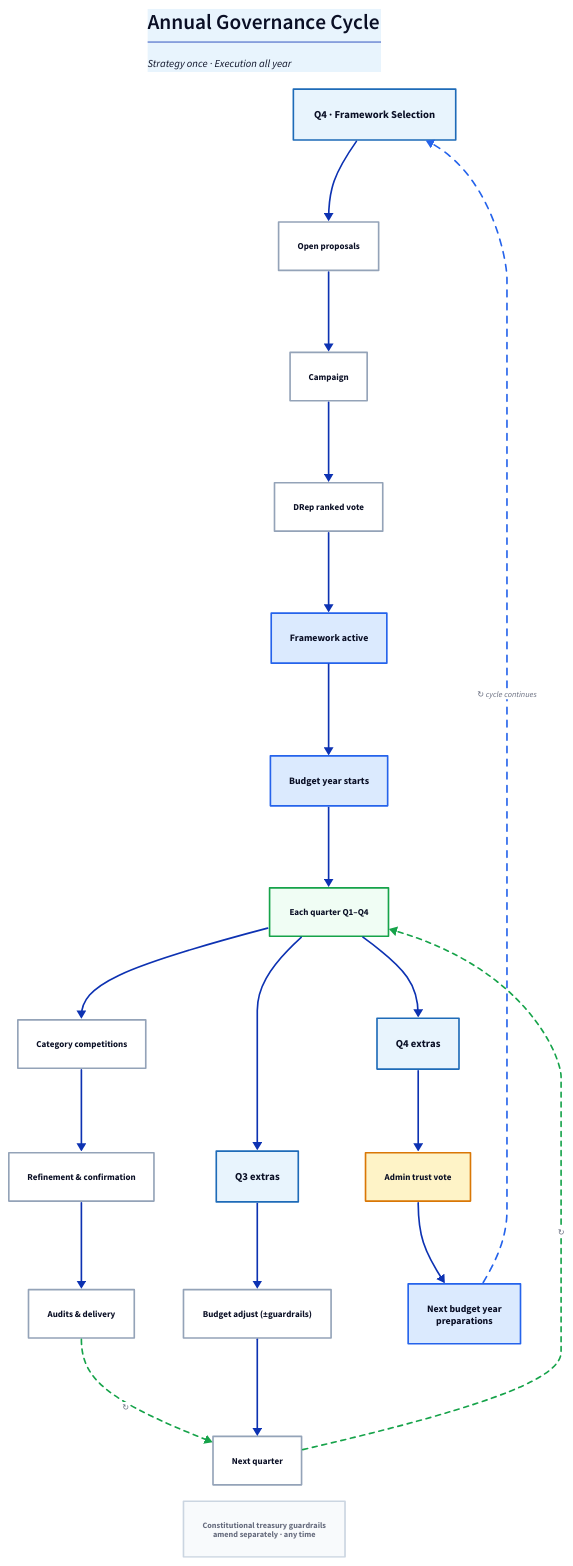
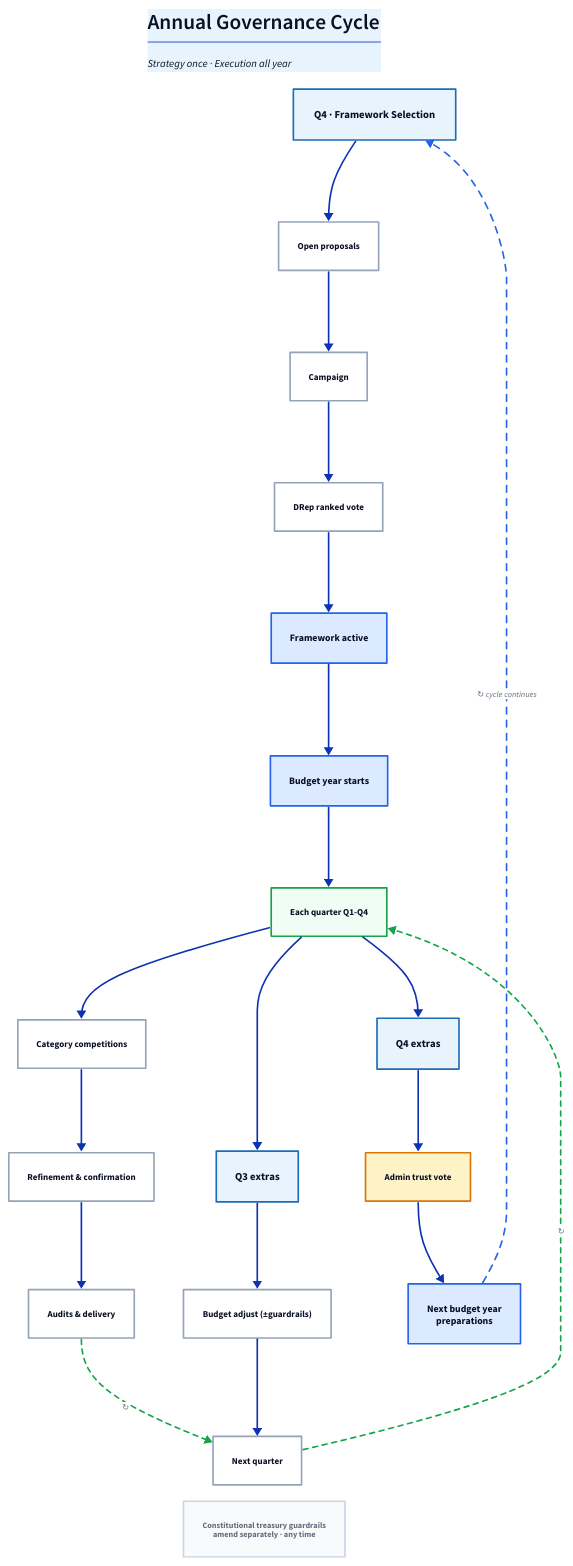
Before and after one commit to gufmar/M-ore-V-iable-G-overnance-: the diagram in docs/diagrams/annual-cycle.d2, drawn with D2. The commit also changed 9 other files, not shown here.

Commit message:
added/changed graphics. general text review and simplifications

```diff
--- a/docs/diagrams/annual-cycle.d2
+++ b/docs/diagrams/annual-cycle.d2
@@ -1,105 +1,105 @@
-# Annual Governance Cycle — compact vertical timeline
+# Annual Governance Cycle - compact vertical timeline
 
 direction: down
 
 classes: {
   phase: {
     style.fill: "#E8F4FD"
     style.stroke: "#1E6BB8"
     style.bold: true
     style.font-size: 13
   }
   step: {
     style.fill: "#FFFFFF"
     style.stroke: "#94A3B8"
     style.font-size: 11
   }
   milestone: {
     style.fill: "#DBEAFE"
     style.stroke: "#2563EB"
     style.bold: true
     style.font-size: 12
   }
   highlight: {
     style.fill: "#FEF3C7"
     style.stroke: "#D97706"
     style.font-size: 11
   }
   note: {
     style.fill: "#F8FAFC"
     style.stroke: "#CBD5E1"
     style.font-size: 10
     style.italic: true
   }
   recurring: {
     style.fill: "#F0FDF4"
     style.stroke: "#16A34A"
     style.font-size: 11
   }
   cycle: {
     style.stroke: "#2563EB"
     style.stroke-dash: 4
     style.font-size: 10
   }
   inner: {
     style.stroke: "#16A34A"
     style.stroke-dash: 3
     style.font-size: 10
   }
 }
 
 title: |md
   # Annual Governance Cycle
   *Strategy once · Execution all year*
 | { class: phase; near: top-center }
 
 # --- Q4 framework selection (previous year) ---
 
 q4: "Q4 · Framework Selection" { class: phase }
 q4 -> s1 -> s2 -> s3 -> s4
 
 s1: "Open proposals" { class: step }
 s2: "Campaign" { class: step }
 s3: "DRep ranked vote" { class: step }
 s4: "Framework active" { class: milestone }
 
 # --- Budget year ---
 
 start: "Budget year starts" { class: milestone }
 s4 -> start
 
-loop: "Each quarter Q1–Q4" { class: recurring }
+loop: "Each quarter Q1-Q4" { class: recurring }
 start -> loop -> l1 -> l2 -> l3
 
 l1: "Category competitions" { class: step }
 l2: "Refinement & confirmation" { class: step }
 l3: "Audits & delivery" { class: step }
 
-# Inner quarterly loop — regular work and Q3 extras return here
+# Inner quarterly loop - regular work and Q3 extras return here
 
 nq: "Next quarter" { class: step }
 l3 -> nq -> loop: "↻" { class: inner }
 
 q3x: "Q3 extras" { class: phase }
 loop -> q3x -> q3b
 
 q3b: "Budget adjust (±guardrails)" { class: step }
 q3b -> nq
 
-# Q4 extras exits the inner loop — year-end only
+# Q4 extras exits the inner loop - year-end only
 
 q4x: "Q4 extras" { class: phase }
 loop -> q4x -> q4a
 
 q4a: "Admin trust vote" { class: highlight }
 q4a -> prep
 
 prep: "Next budget year\npreparations" { class: milestone }
 
 # Outer annual cycle closes at the top
 prep -> q4: "↻ cycle continues" { class: cycle }
 
 note: "Constitutional treasury guardrails\namend separately · any time" {
   class: note
   near: bottom-center
 }
```
